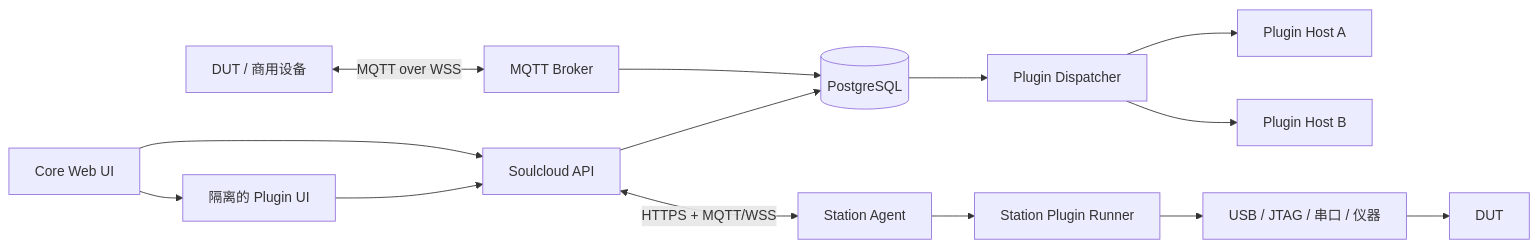
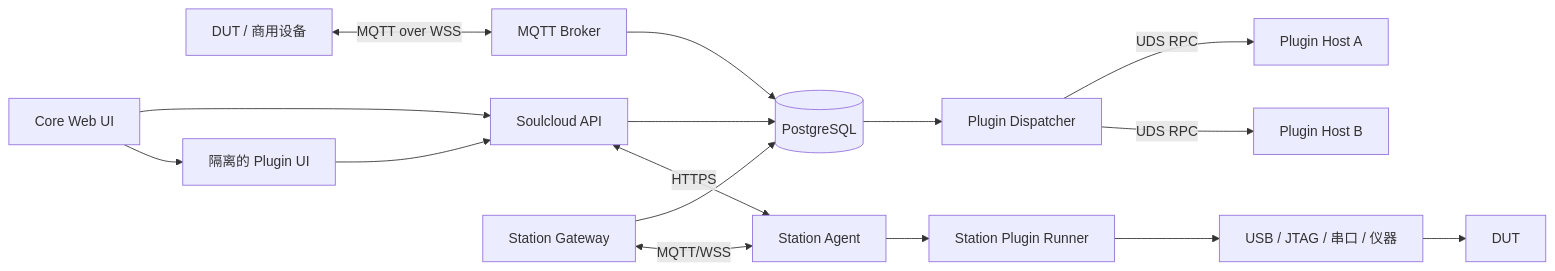
The diagram in docs/zh/plugin-and-station-architecture.md (huming2207/soulcloud.js), drawn with Mermaid before and after one commit. The commit also changed other lines of this file, not shown here.

Commit message:
docs: refine plugin architecture from review

````diff
--- a/docs/zh/plugin-and-station-architecture.md
+++ b/docs/zh/plugin-and-station-architecture.md
@@ -24,20 +28,22 @@
 ```mermaid
 flowchart LR
     Web[Core Web UI] --> API[Soulcloud API]
     Device[DUT / 商用设备] <-->|MQTT over WSS| Broker[MQTT Broker]
 
     API --> DB[(PostgreSQL)]
     Broker --> DB
+    StationGateway[Station Gateway] --> DB
 
     DB --> Dispatcher[Plugin Dispatcher]
-    Dispatcher --> HostA[Plugin Host A]
-    Dispatcher --> HostB[Plugin Host B]
+    Dispatcher -->|UDS RPC| HostA[Plugin Host A]
+    Dispatcher -->|UDS RPC| HostB[Plugin Host B]
 
     Web --> PluginUI[隔离的 Plugin UI]
     PluginUI --> API
 
-    API <-->|HTTPS + MQTT/WSS| Agent[Station Agent]
+    API <-->|HTTPS| Agent[Station Agent]
+    StationGateway <-->|MQTT/WSS| Agent
     Agent --> Runner[Station Plugin Runner]
     Runner --> Hardware[USB / JTAG / 串口 / 仪器]
     Hardware --> Target[DUT]
 ```
````
